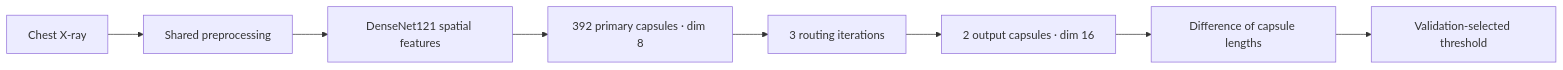
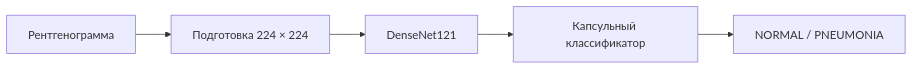
The diagram in README.md (nico1008/NIR), drawn with Mermaid before and after one commit. The commit also changed other lines of this file and 4 other files, not shown here.

````diff
--- a/README.md
+++ b/README.md
@@ -94,10 +133,7 @@
 ```mermaid
 flowchart LR
-    A[Chest X-ray] --> B[Shared preprocessing]
-    B --> C[DenseNet121 spatial features]
-    C --> D[392 primary capsules · dim 8]
-    D --> E[3 routing iterations]
-    E --> F[2 output capsules · dim 16]
-    F --> G[Difference of capsule lengths]
-    G --> H[Validation-selected threshold]
+    A[Рентгенограмма] --> B[Подготовка 224 × 224]
+    B --> C[DenseNet121]
+    C --> D[Капсульный классификатор]
+    D --> E[NORMAL / PNEUMONIA]
 ```
````
